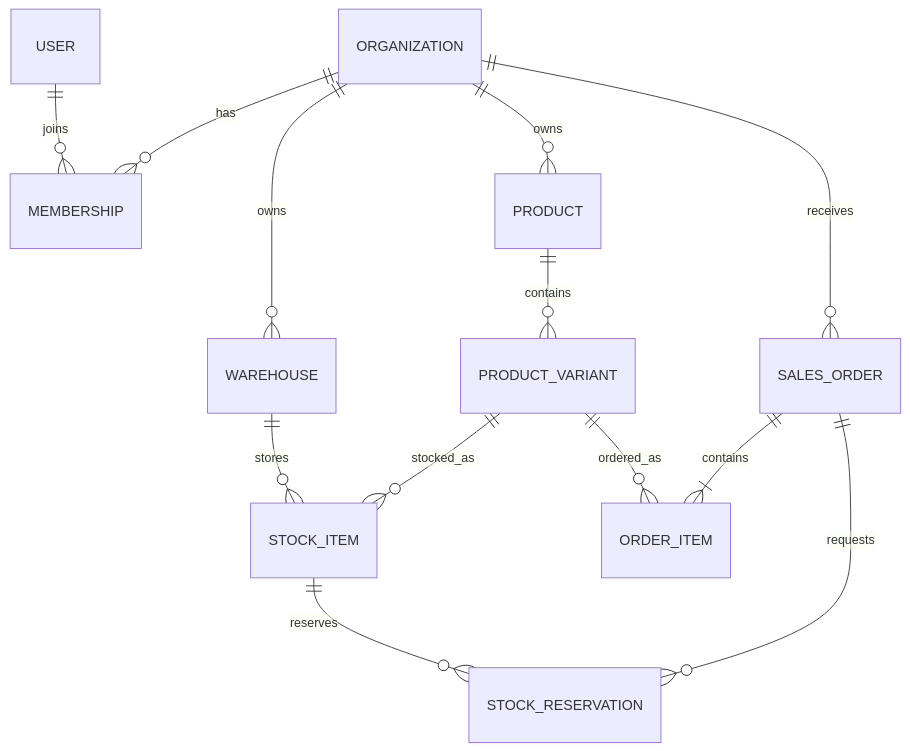
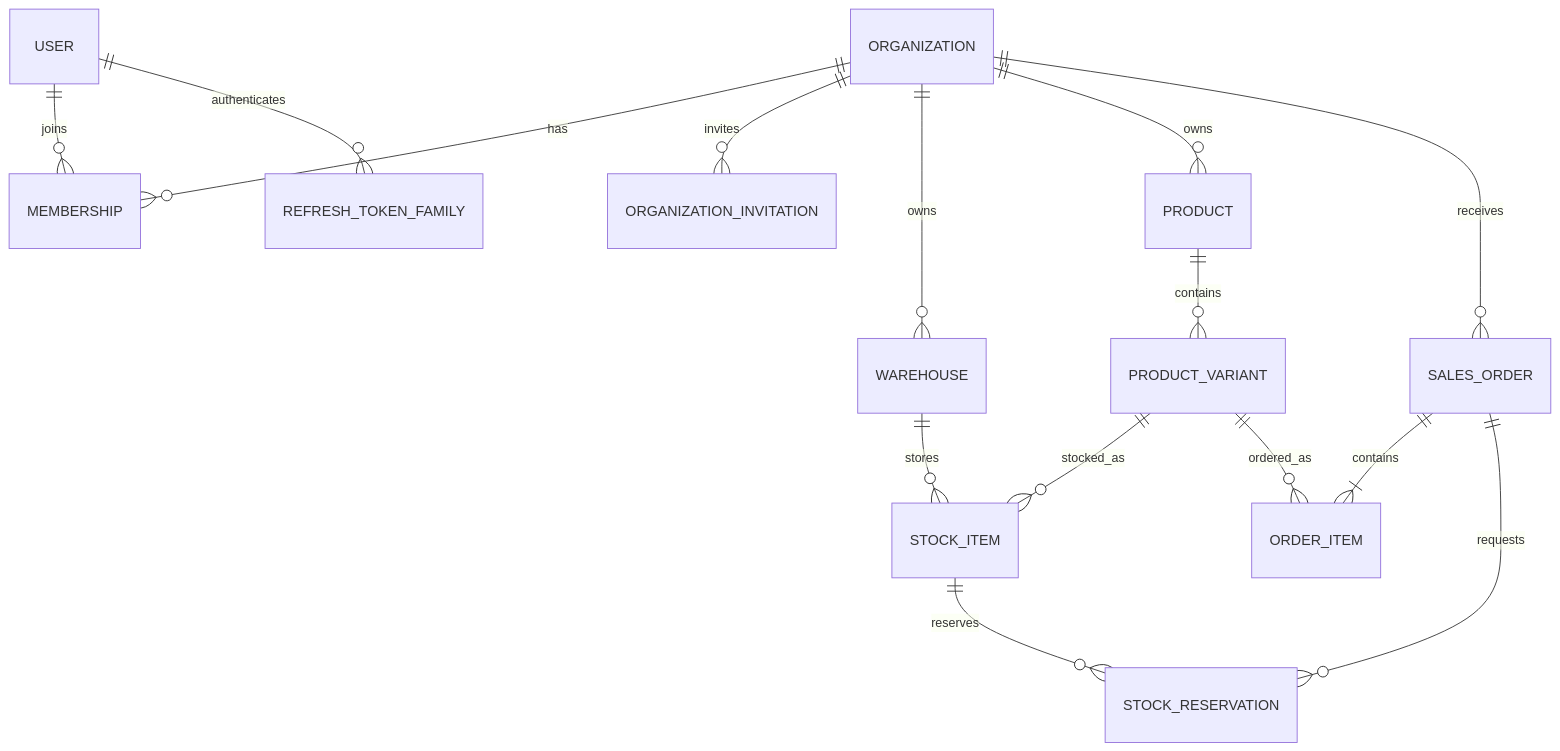
The diagram in docs/data-model.md (dzhumaniyazovdamir-alt/nexustrade), drawn with Mermaid before and after one commit. The commit also changed other lines of this file and 58 other files, not shown here.

````diff
--- a/docs/data-model.md
+++ b/docs/data-model.md
@@ -5,15 +5,17 @@
 ```mermaid
 erDiagram
     ORGANIZATION ||--o{ MEMBERSHIP : has
     USER ||--o{ MEMBERSHIP : joins
+    USER ||--o{ REFRESH_TOKEN_FAMILY : authenticates
+    ORGANIZATION ||--o{ ORGANIZATION_INVITATION : invites
     ORGANIZATION ||--o{ WAREHOUSE : owns
     ORGANIZATION ||--o{ PRODUCT : owns
     PRODUCT ||--o{ PRODUCT_VARIANT : contains
     WAREHOUSE ||--o{ STOCK_ITEM : stores
     PRODUCT_VARIANT ||--o{ STOCK_ITEM : stocked_as
     ORGANIZATION ||--o{ SALES_ORDER : receives
     SALES_ORDER ||--|{ ORDER_ITEM : contains
     PRODUCT_VARIANT ||--o{ ORDER_ITEM : ordered_as
     STOCK_ITEM ||--o{ STOCK_RESERVATION : reserves
     SALES_ORDER ||--o{ STOCK_RESERVATION : requests
 ```
````
